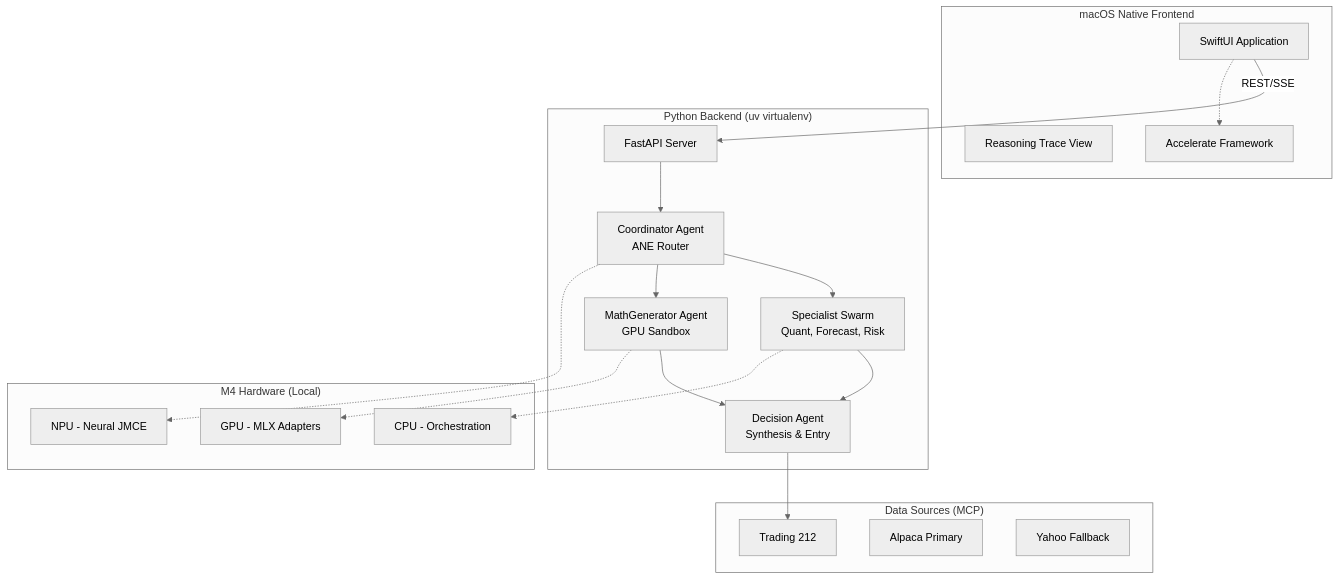
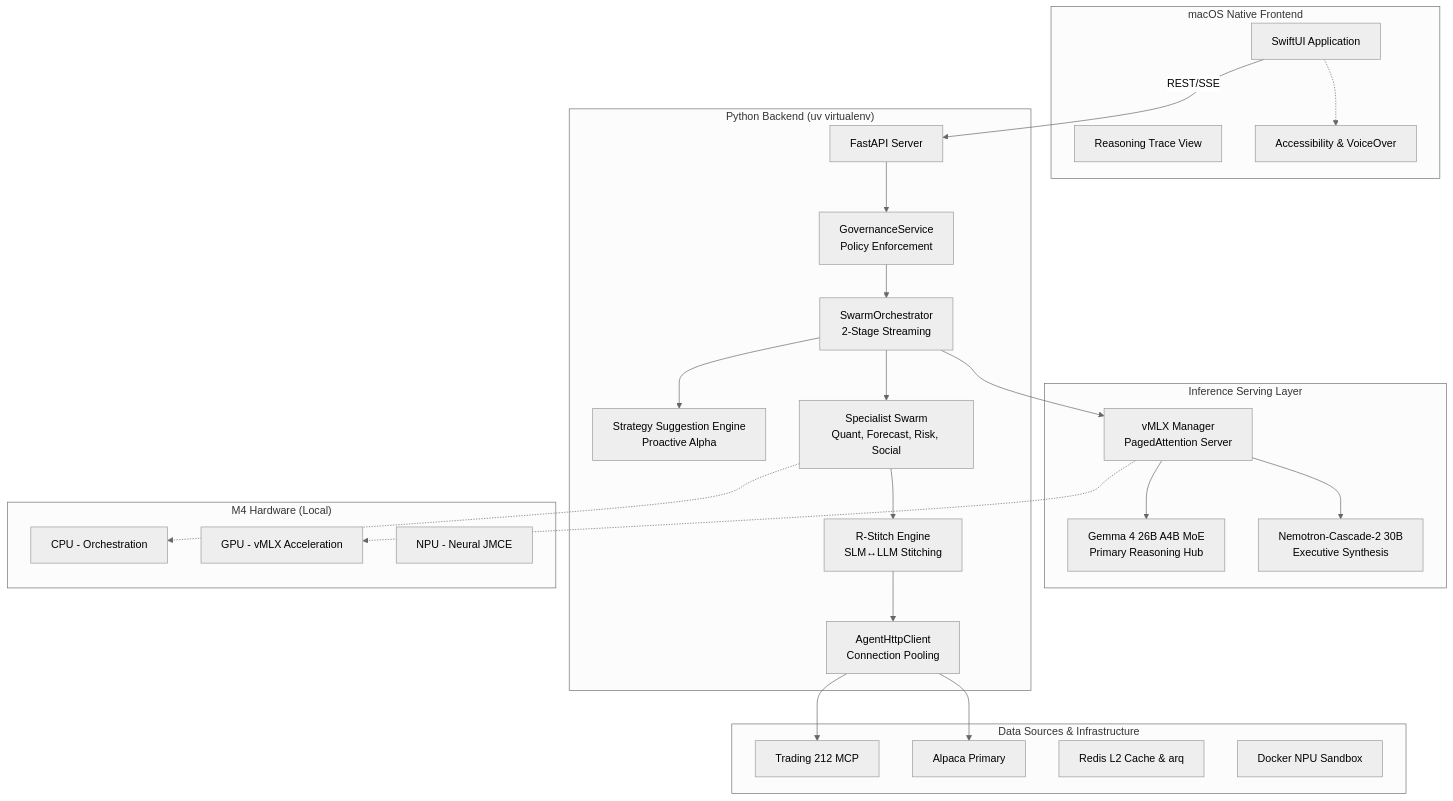
One commit to sank29mane/growin-app changed the diagram in README.md. Above: the diagram before and after it, drawn with Mermaid (neutral theme). The commit also changed other lines of this file and 18 other files, not shown here.

Commit message:
docs(sync): synchronize all repo documentation with v5.0 architecture and design updates

````diff
--- a/README.md
+++ b/README.md
@@ -24,41 +19,55 @@
 ```mermaid
 graph TB
     subgraph "macOS Native Frontend"
         UI[SwiftUI Application]
         RV[Reasoning Trace View]
-        ACC[Accelerate Framework]
+        ACC[Accessibility & VoiceOver]
+    end
+
+    subgraph "Inference Serving Layer"
+        VMLX[vMLX Manager<br/>PagedAttention Server]
+        GEMMA4[Gemma 4 26B A4B MoE<br/>Primary Reasoning Hub]
+        NEMOTRON[Nemotron-Cascade-2 30B<br/>Executive Synthesis]
     end
 
     subgraph "Python Backend (uv virtualenv)"
         API[FastAPI Server]
-        COORD[Coordinator Agent<br/>ANE Router]
-        SWARM[Specialist Swarm<br/>Quant, Forecast, Risk]
-        MATH[MathGenerator Agent<br/>GPU Sandbox]
-        DECISION[Decision Agent<br/>Synthesis & Entry]
+        ORCH[SwarmOrchestrator<br/>2-Stage Streaming]
+        GOV[GovernanceService<br/>Policy Enforcement]
+        STRAT[Strategy Suggestion Engine<br/>Proactive Alpha]
+        SWARM[Specialist Swarm<br/>Quant, Forecast, Risk, Social]
+        RSTITCH[R-Stitch Engine<br/>SLM↔LLM Stitching]
+        POOL[AgentHttpClient<br/>Connection Pooling]
     end
 
-    subgraph "Data Sources (MCP)"
-        T212[Trading 212]
+    subgraph "Data Sources & Infrastructure"
+        T212[Trading 212 MCP]
         ALP[Alpaca Primary]
-        YF[Yahoo Fallback]
+        REDIS[Redis L2 Cache & arq]
+        DOCKER[Docker NPU Sandbox]
     end
 
     subgraph "M4 Hardware (Local)"
         AMX[CPU - Orchestration]
-        METAL[GPU - MLX Adapters]
+        METAL[GPU - vMLX Acceleration]
         ANE[NPU - Neural JMCE]
     end
 
     UI -->|REST/SSE| API
-    API --> COORD
-    COORD --> SWARM
-    COORD --> MATH
-    SWARM --> DECISION
-    MATH --> DECISION
-    DECISION --> T212
-
-    COORD -.-> ANE
-    MATH -.-> METAL
+    API --> GOV
+    GOV --> ORCH
+    ORCH --> STRAT
+    ORCH --> SWARM
+    SWARM --> RSTITCH
+    RSTITCH --> POOL
+    POOL --> T212
+    POOL --> ALP
+    
+    VMLX --> GEMMA4
+    VMLX --> NEMOTRON
+    ORCH --> VMLX
+    
+    VMLX -.-> METAL
     SWARM -.-> AMX
     UI -.-> ACC
 ```
````
